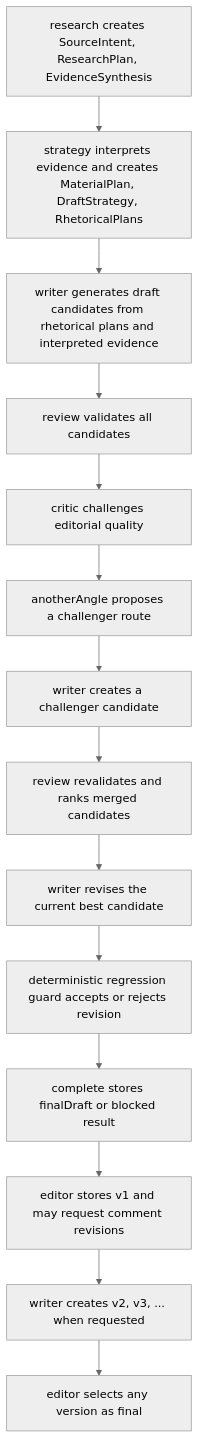
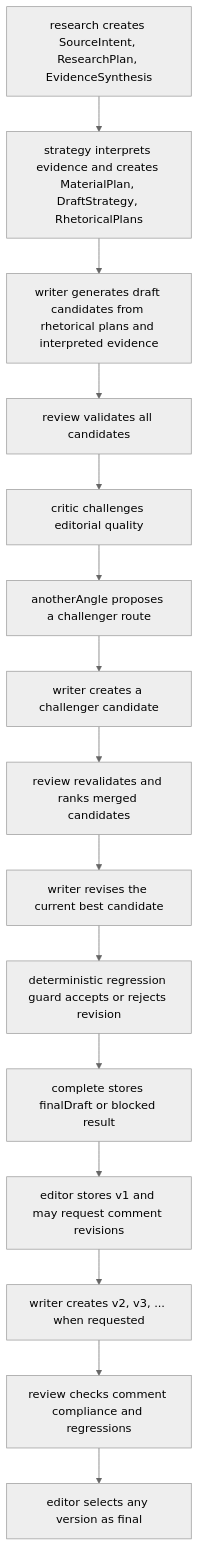
One commit to mudrezzz/glavred changed the third of 4 diagrams in docs/architecture/DRAFT_RUN_PIPELINE_AS_IS.md. Above: the diagram before and after it, drawn with Mermaid (neutral theme). The commit also changed other lines of this file and 26 other files, not shown here.

````diff
--- a/docs/architecture/DRAFT_RUN_PIPELINE_AS_IS.md
+++ b/docs/architecture/DRAFT_RUN_PIPELINE_AS_IS.md
@@ -729,16 +743,17 @@
 ```mermaid
 flowchart TD
   A[research creates SourceIntent, ResearchPlan, EvidenceSynthesis] --> B[strategy interprets evidence and creates MaterialPlan, DraftStrategy, RhetoricalPlans]
   B --> C[writer generates draft candidates from rhetorical plans and interpreted evidence]
   C --> D[review validates all candidates]
   D --> E[critic challenges editorial quality]
   E --> F[anotherAngle proposes a challenger route]
   F --> G[writer creates a challenger candidate]
   G --> H[review revalidates and ranks merged candidates]
   H --> I[writer revises the current best candidate]
   I --> J[deterministic regression guard accepts or rejects revision]
   J --> K[complete stores finalDraft or blocked result]
   K --> L[editor stores v1 and may request comment revisions]
   L --> M[writer creates v2, v3, ... when requested]
-  M --> N[editor selects any version as final]
+  M --> M2[review checks comment compliance and regressions]
+  M2 --> N[editor selects any version as final]
 ```
````
